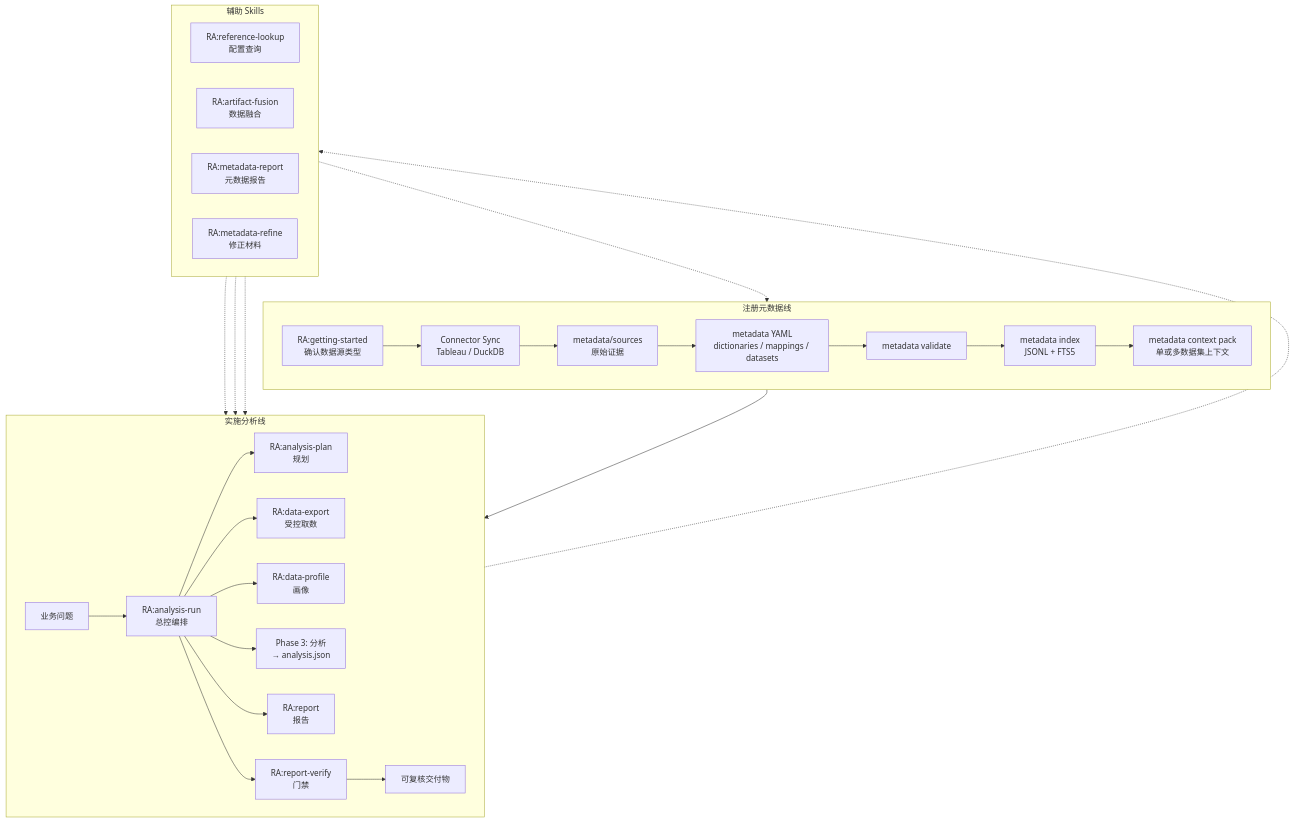
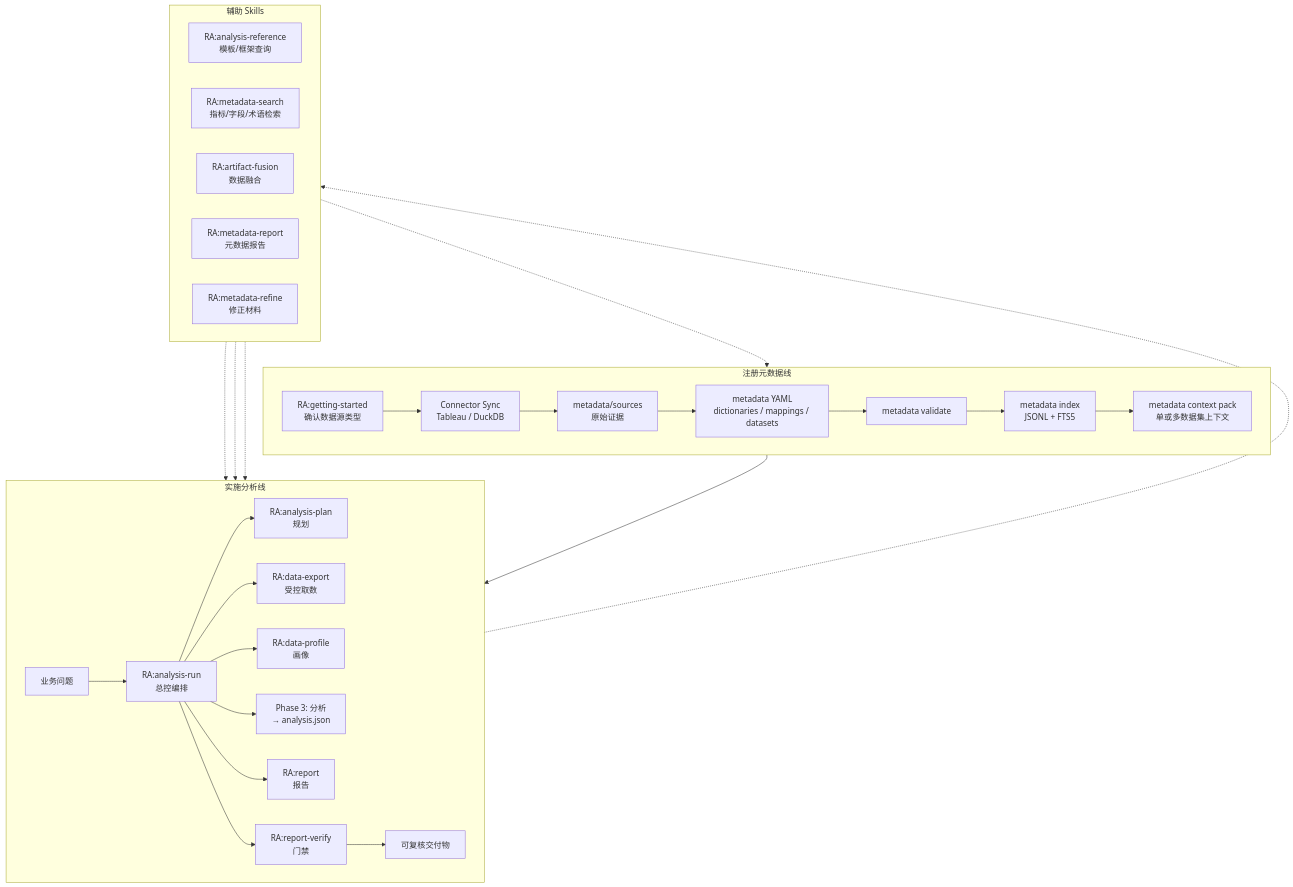
The first of 4 diagrams in skills/README.md (dabaige53/RealAnalyst), drawn with Mermaid before and after one commit. The commit also changed other lines of this file and 36 other files, not shown here.

````diff
--- a/skills/README.md
+++ b/skills/README.md
@@ -31,39 +31,40 @@
 ```mermaid
 flowchart TB
     subgraph MetadataLine["注册元数据线"]
         direction LR
         GS["RA:getting-started<br/>确认数据源类型"] --> Sync["Connector Sync<br/>Tableau / DuckDB"]
         Sync --> Sources["metadata/sources<br/>原始证据"]
         Sources --> YAML["metadata YAML<br/>dictionaries / mappings / datasets"]
         YAML --> Validate["metadata validate"]
         Validate --> Index["metadata index<br/>JSONL + FTS5"]
         Index --> Context["metadata context pack<br/>单或多数据集上下文"]
     end
 
     subgraph AnalysisLine["实施分析线"]
         direction LR
         Request["业务问题"] --> AR["RA:analysis-run<br/>总控编排"]
         AR --> Plan["RA:analysis-plan<br/>规划"]
         AR --> Export["RA:data-export<br/>受控取数"]
         AR --> Profile["RA:data-profile<br/>画像"]
         AR --> Analysis["Phase 3: 分析<br/>→ analysis.json"]
         AR --> Report["RA:report<br/>报告"]
         AR --> Verify["RA:report-verify<br/>门禁"]
         Verify --> Delivery["可复核交付物"]
     end
 
     subgraph Support["辅助 Skills"]
         direction LR
-        Ref["RA:reference-lookup<br/>配置查询"]
+        Ref["RA:analysis-reference<br/>模板/框架查询"]
+        MSrch["RA:metadata-search<br/>指标/字段/术语检索"]
         Fusion["RA:artifact-fusion<br/>数据融合"]
         MR["RA:metadata-report<br/>元数据报告"]
         Refine["RA:metadata-refine<br/>修正材料"]
     end
 
     Context --> AR
     Ref -.-> Plan
     Ref -.-> Report
     Fusion -.-> Profile
     Analysis -.-> Refine
     Refine -.-> YAML
 ```
````
